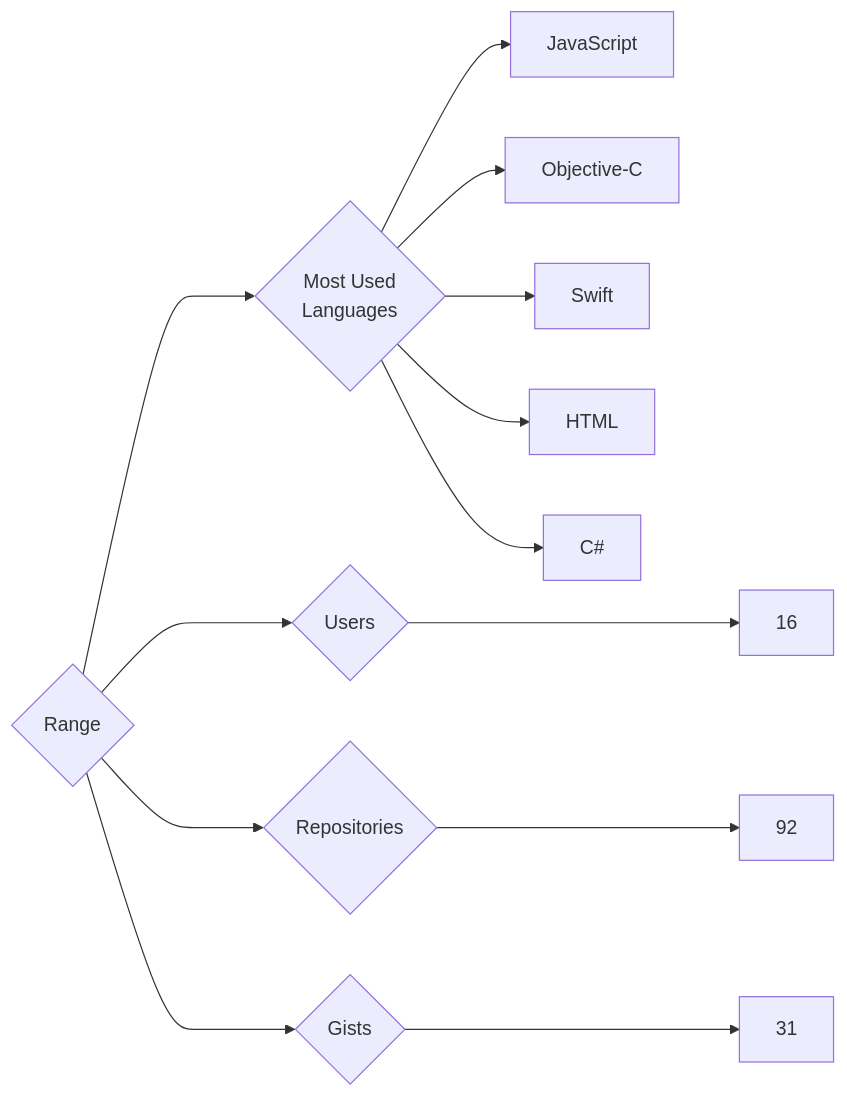
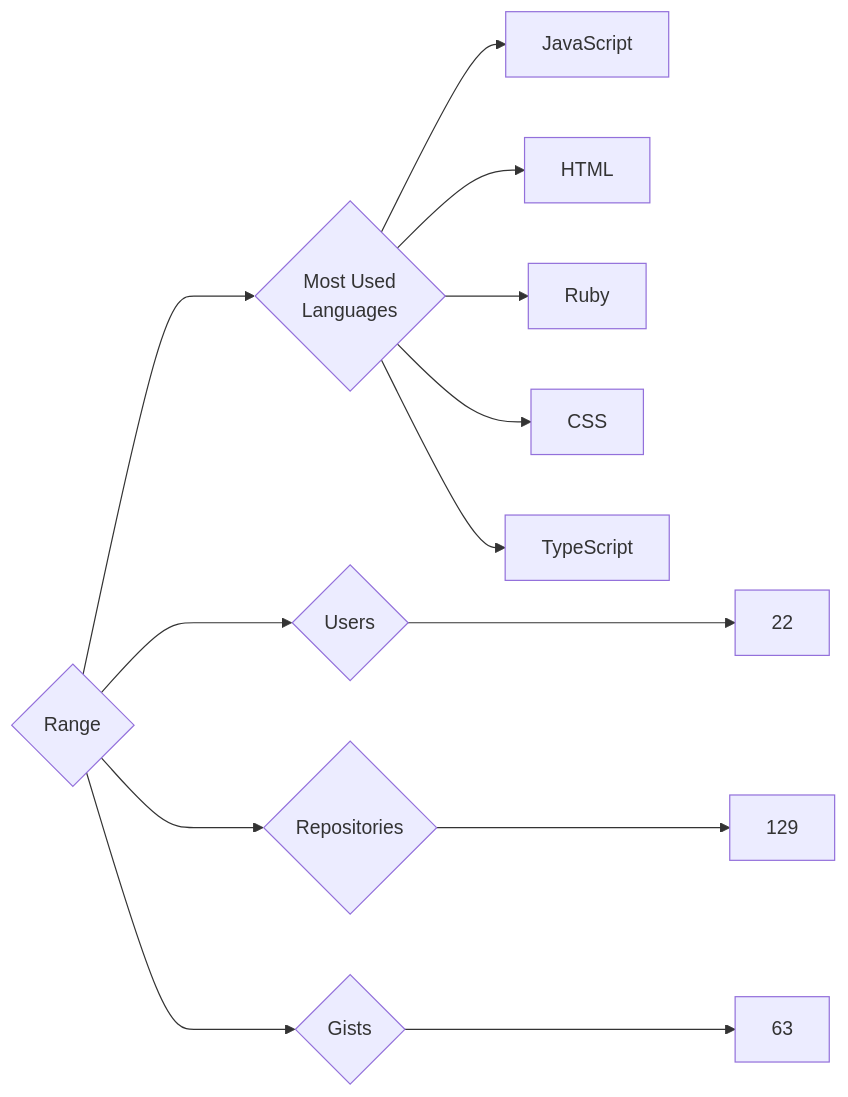
One commit to trickest/insiders changed the diagram in targets/Range/README.md. Above: the diagram before and after it, drawn with Mermaid. The commit also changed 928 other files, not shown here.

````diff
--- a/targets/Range/README.md
+++ b/targets/Range/README.md
@@ -3,13 +3,13 @@
 ```mermaid
 graph LR
 COMPANY_NAME{Range}
-COMPANY_NAME ---> U{Users} ---> UN[16]
-COMPANY_NAME ---> R{Repositories} ---> RN[92]
-COMPANY_NAME ---> G{Gists} ---> GN[31]
+COMPANY_NAME ---> U{Users} ---> UN[22]
+COMPANY_NAME ---> R{Repositories} ---> RN[129]
+COMPANY_NAME ---> G{Gists} ---> GN[63]
 COMPANY_NAME ---> ML{Most Used<br>Languages}
 ML --> JavaScript[JavaScript]
-ML --> Objective-C[Objective-C]
-ML --> Swift[Swift]
 ML --> HTML[HTML]
-ML --> C#[C#]
+ML --> Ruby[Ruby]
+ML --> CSS[CSS]
+ML --> TypeScript[TypeScript]
 ```
````
